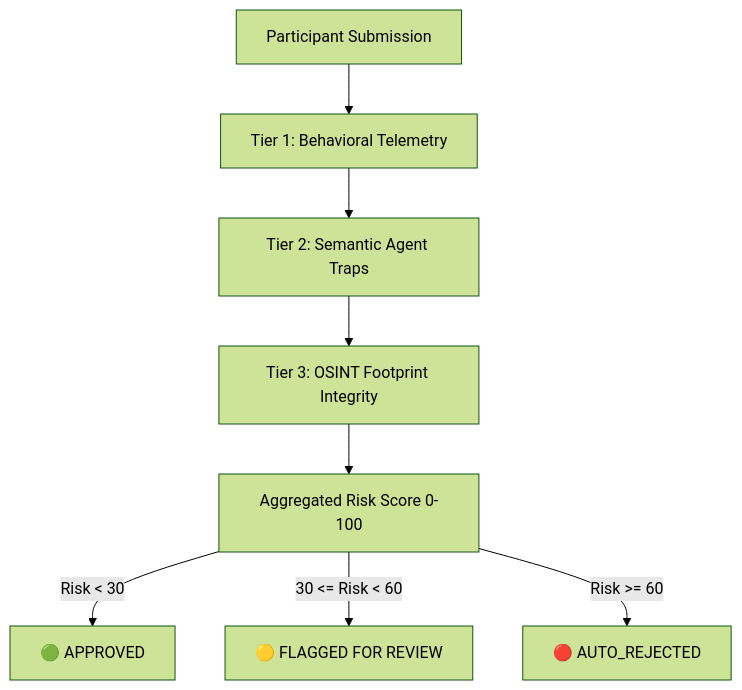
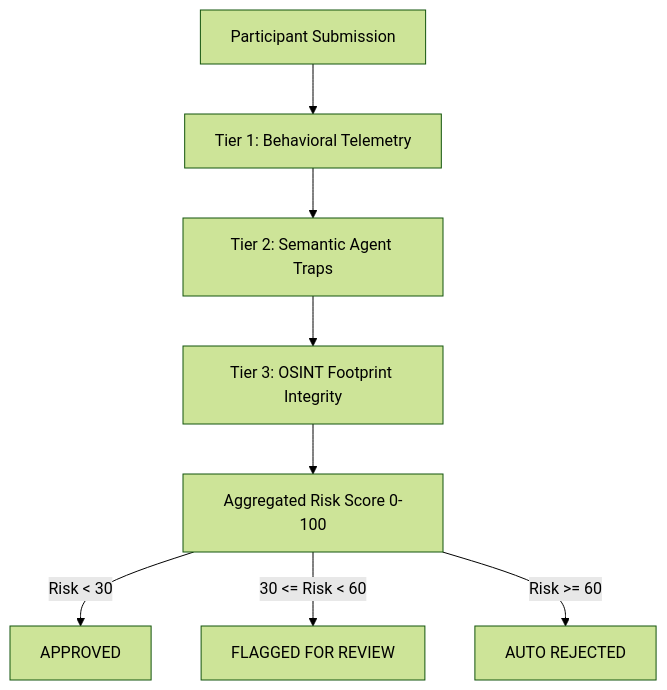
One commit to shaatir/verified-human changed the diagram in README.md. Above: the diagram before and after it, drawn with Mermaid (forest theme). The commit also changed other lines of this file and 7 other files, not shown here.

````diff
--- a/README.md
+++ b/README.md
@@ -20,10 +22,10 @@
 ```mermaid
 graph TD
     A[Participant Submission] --> B[Tier 1: Behavioral Telemetry]
     B --> C[Tier 2: Semantic Agent Traps]
     C --> D[Tier 3: OSINT Footprint Integrity]
     D --> E[Aggregated Risk Score 0-100]
-    E -->|Risk < 30| F[🟢 APPROVED]
-    E -->|30 <= Risk < 60| G[🟡 FLAGGED FOR REVIEW]
-    E -->|Risk >= 60| H[🔴 AUTO_REJECTED]
+    E -->|Risk < 30| F[APPROVED]
+    E -->|30 <= Risk < 60| G[FLAGGED FOR REVIEW]
+    E -->|Risk >= 60| H[AUTO REJECTED]
 ```
````
